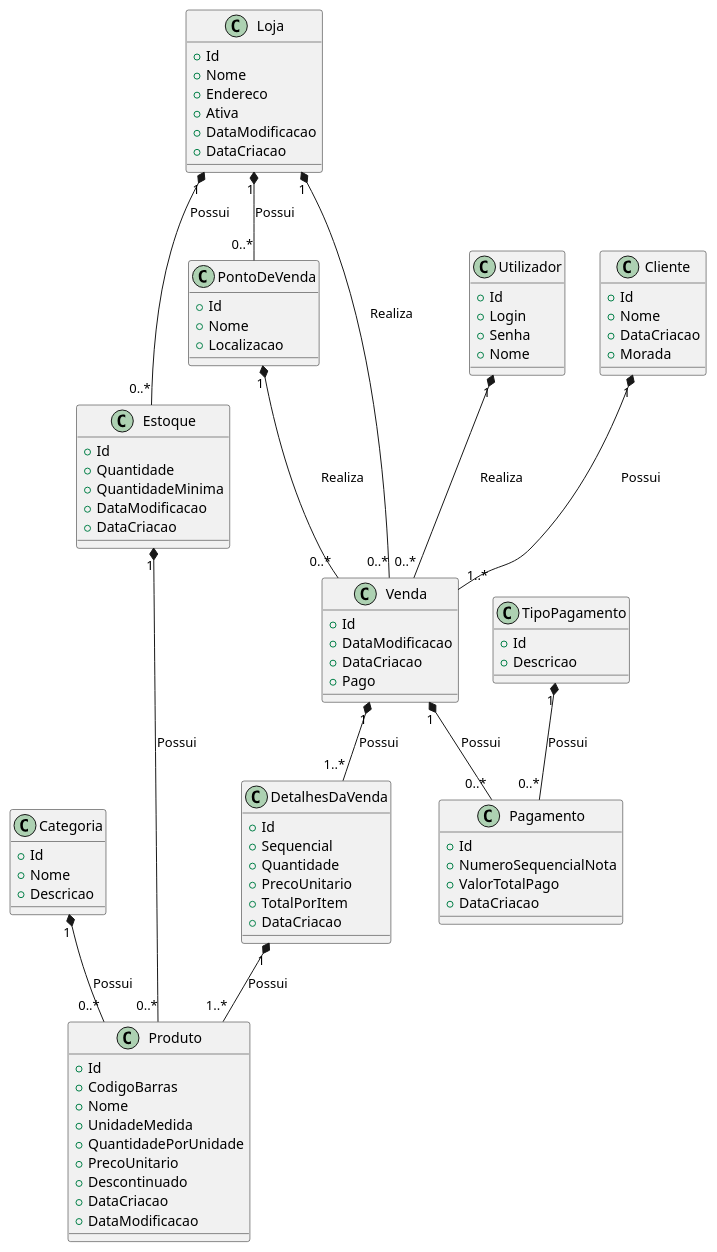
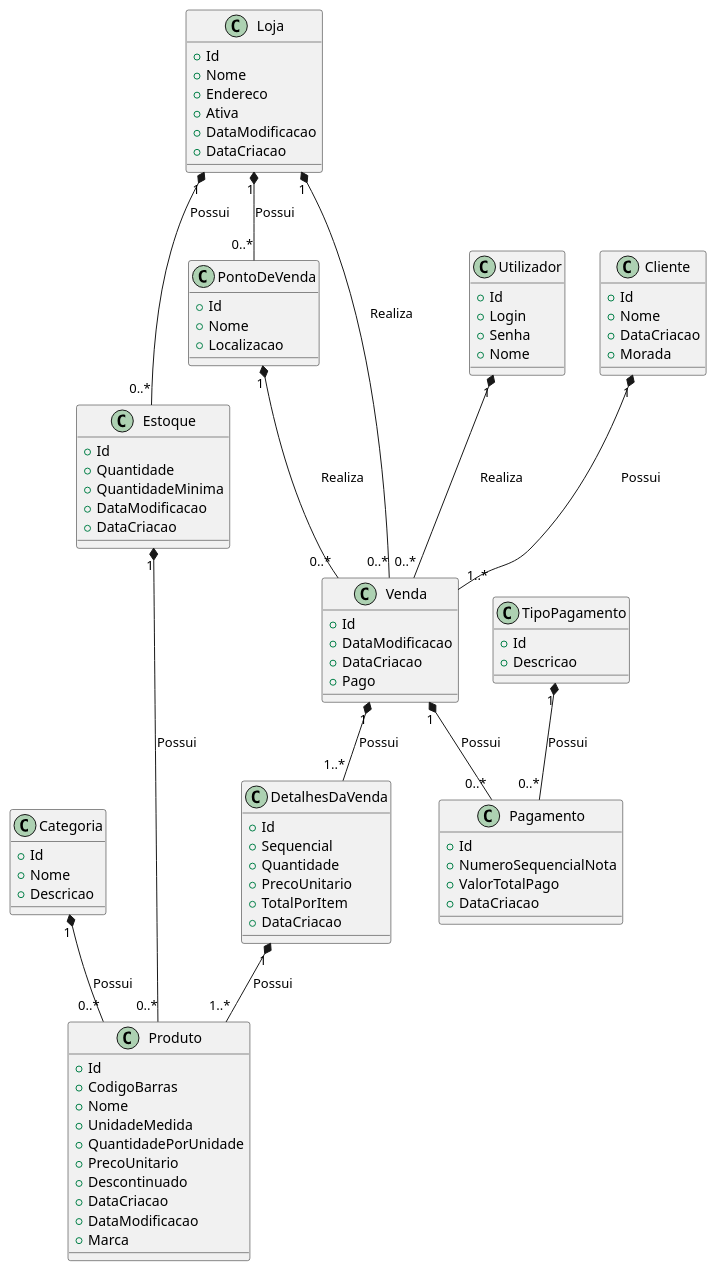
One commit to RumosProjetos/Acao74240 changed the diagram in Projeto01/Gandalf.Inc/Documentacao/DiagramaUml.puml. Above: the diagram before and after it, drawn with PlantUML. The commit also changed 38 other files, not shown here.

```diff
--- a/Projeto01/Gandalf.Inc/Documentacao/DiagramaUml.puml
+++ b/Projeto01/Gandalf.Inc/Documentacao/DiagramaUml.puml
@@ -1,99 +1,100 @@
 @startuml Vendas
 
 class Categoria {
     + Id 
     + Nome
     + Descricao    
 }
 
 class Produto {
     + Id 
     + CodigoBarras
     + Nome
     + UnidadeMedida
     + QuantidadePorUnidade 
     + PrecoUnitario 
     + Descontinuado
     + DataCriacao 
     + DataModificacao     
+    + Marca
 }
 
 class Estoque {
     + Id 
     + Quantidade 
     + QuantidadeMinima 
     + DataModificacao 
     + DataCriacao    
  }
 
 class Loja {
     + Id 
     + Nome 
     + Endereco 
     + Ativa
     + DataModificacao 
     + DataCriacao     
  }
 
  class PontoDeVenda {
     + Id 
     + Nome
     + Localizacao     
 }
 
 class Venda {
     + Id 
     + DataModificacao 
     + DataCriacao 
     + Pago
 }
 
 class DetalhesDaVenda {
     + Id 
     + Sequencial     
     + Quantidade 
     + PrecoUnitario 
     + TotalPorItem
     + DataCriacao 
 }
 
 class Utilizador {
     + Id 
     + Login 
     + Senha 
     + Nome 
 }
 
 class TipoPagamento {
     + Id 
     + Descricao
 }
 
 class Pagamento {
     + Id 
     + NumeroSequencialNota
     + ValorTotalPago 
     + DataCriacao   
 }
 
 class Cliente {
     + Id 
     + Nome
     + DataCriacao
     + Morada
 }
 
 ' Relacoes
 Categoria "1" *-- "0..*" Produto : Possui
 Estoque "1" *-- "0..*" Produto : Possui
 Loja "1" *-- "0..*" Estoque : Possui
 Loja "1" *-- "0..*" PontoDeVenda : Possui
 Loja "1" *-- "0..*" Venda : Realiza
 PontoDeVenda "1" *-- "0..*" Venda : Realiza
 Venda "1" *-- "1..*" DetalhesDaVenda : Possui
 Cliente "1" *-- "1..*" Venda : Possui
 DetalhesDaVenda "1" *-- "1..*" Produto : Possui
 Utilizador  "1" *-- "0..*" Venda : Realiza
 TipoPagamento  "1" *-- "0..*" Pagamento : Possui
 Venda "1" *-- "0..*" Pagamento : Possui
 @enduml
```
